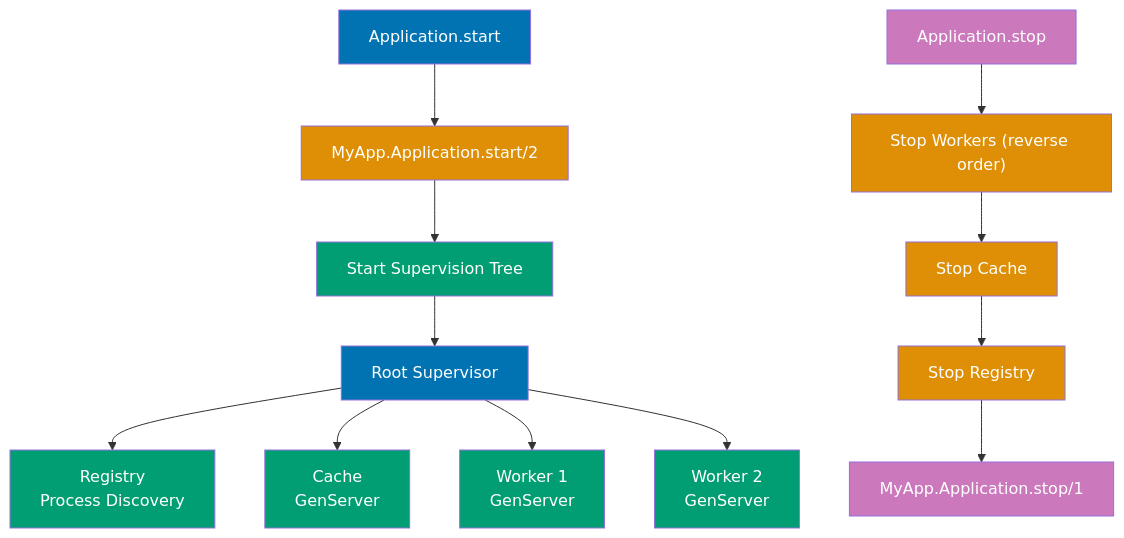
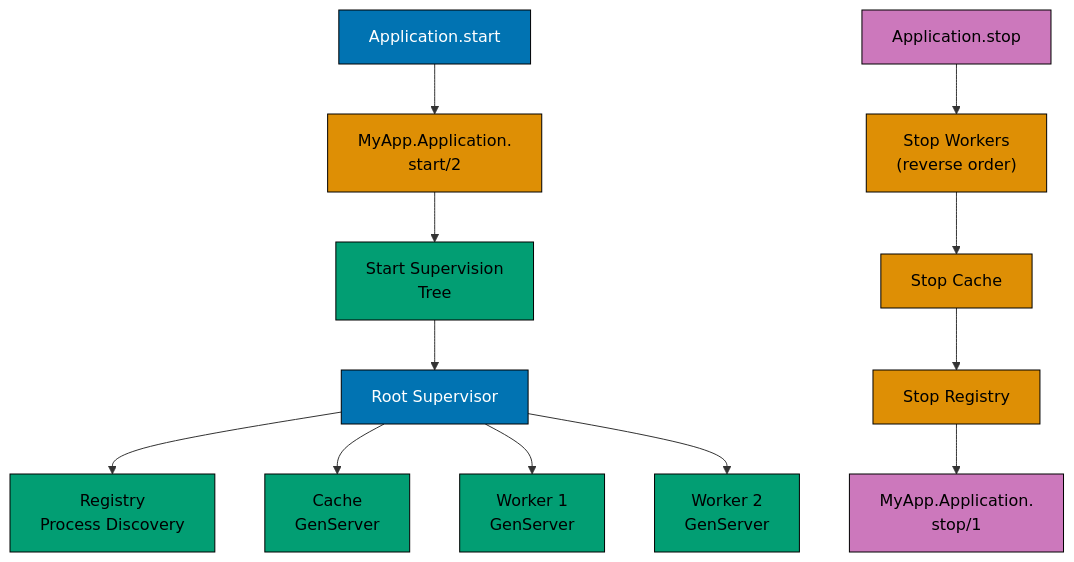
Before and after one commit to wahidyankf/ose-public: diagram 12 of 24 in apps/ayokoding-www/content/en/learn/legacy/software-engineering/programming-languages/elixir/by-example/advanced.md, drawn with Mermaid. The commit also changed other lines of this file and 112 other files, not shown here.

First line of the commit message:
fix(mermaid): bring the legacy programming-languages diagrams onto the accessible palette

````diff
--- a/apps/ayokoding-www/content/en/learn/legacy/software-engineering/programming-languages/elixir/by-example/advanced.md
+++ b/apps/ayokoding-www/content/en/learn/legacy/software-engineering/programming-languages/elixir/by-example/advanced.md
@@ -1794,30 +1867,37 @@
 ```mermaid
 %% Color Palette: Blue #0173B2, Orange #DE8F05, Teal #029E73, Purple #CC78BC, Brown #CA9161
 graph TD
-    Start["Application.start"] --> Init["MyApp.Application.start/2"]
-    Init --> SupTree["Start Supervision Tree"]
+    accTitle: Example 69: Application Module
+    accDescr: Graph with 13 nodes and 11 connections. Nodes: Application.start, MyApp.Application. start/2, Start Supervision Tree, Root Supervisor, Registry Process Discovery, Cache GenServer, Worker 1 GenServer, Worker 2 GenServer, Application.stop, Stop Workers (reverse order), Stop Cache, Stop Registry, and 1 more. Connections: Application.start to MyApp.Application. start/2, MyApp.Application. start/2 to Start Supervision Tree, Start Supervision Tree to Root Supervisor, Root Supervisor to Registry Process Discovery, Root Supervisor to Cache GenServer, Root Supervisor to Worker 1 GenServer, Root Supervisor to Worker 2 GenServer, Application.stop to Stop Workers (reverse order), Stop Workers (reverse order) to Stop Cache, Stop Cache to Stop Registry, Stop Registry to MyApp.Application. stop/1.
+    Start["Application.start"] --> Init["MyApp.Application.<br/>start/2"]
+    Init --> SupTree["Start Supervision<br/>Tree"]
     SupTree --> RootSup["Root Supervisor"]
     RootSup --> Registry["Registry<br/>Process Discovery"]
     RootSup --> Cache["Cache<br/>GenServer"]
     RootSup --> Worker1["Worker 1<br/>GenServer"]
     RootSup --> Worker2["Worker 2<br/>GenServer"]
 
-    Stop["Application.stop"] --> StopWorkers["Stop Workers (reverse order)"]
+    Stop["Application.stop"] --> StopWorkers["Stop Workers<br/>(reverse order)"]
     StopWorkers --> StopCache["Stop Cache"]
     StopCache --> StopRegistry["Stop Registry"]
-    StopRegistry --> Cleanup["MyApp.Application.stop/1"]
+    StopRegistry --> Cleanup["MyApp.Application.<br/>stop/1"]
 
-    style Start fill:#0173B2,color:#fff
-    style Init fill:#DE8F05,color:#fff
-    style SupTree fill:#029E73,color:#fff
-    style RootSup fill:#0173B2,color:#fff
-    style Registry fill:#029E73,color:#fff
-    style Cache fill:#029E73,color:#fff
-    style Worker1 fill:#029E73,color:#fff
-    style Worker2 fill:#029E73,color:#fff
-    style Stop fill:#CC78BC,color:#fff
-    style StopWorkers fill:#DE8F05,color:#fff
-    style StopCache fill:#DE8F05,color:#fff
-    style StopRegistry fill:#DE8F05,color:#fff
-    style Cleanup fill:#CC78BC,color:#fff
+    classDef pal-0173B2 fill:#0173B2,stroke:#000000,color:#FFFFFF
+    class Start pal-0173B2
+    classDef pal-DE8F05 fill:#DE8F05,stroke:#000000,color:#000000
+    class Init pal-DE8F05
+    classDef pal-029E73 fill:#029E73,stroke:#000000,color:#000000
+    class SupTree pal-029E73
+    class RootSup pal-0173B2
+    class Registry pal-029E73
+    class Cache pal-029E73
+    class Worker1 pal-029E73
+    class Worker2 pal-029E73
+    classDef pal-CC78BC fill:#CC78BC,stroke:#000000,color:#000000
+    class Stop pal-CC78BC
+    class StopWorkers pal-DE8F05
+    class StopCache pal-DE8F05
+    class StopRegistry pal-DE8F05
+    class Cleanup pal-CC78BC
+    classDef default fill:#FFFFFF,stroke:#000000,color:#000000
 ```
````
